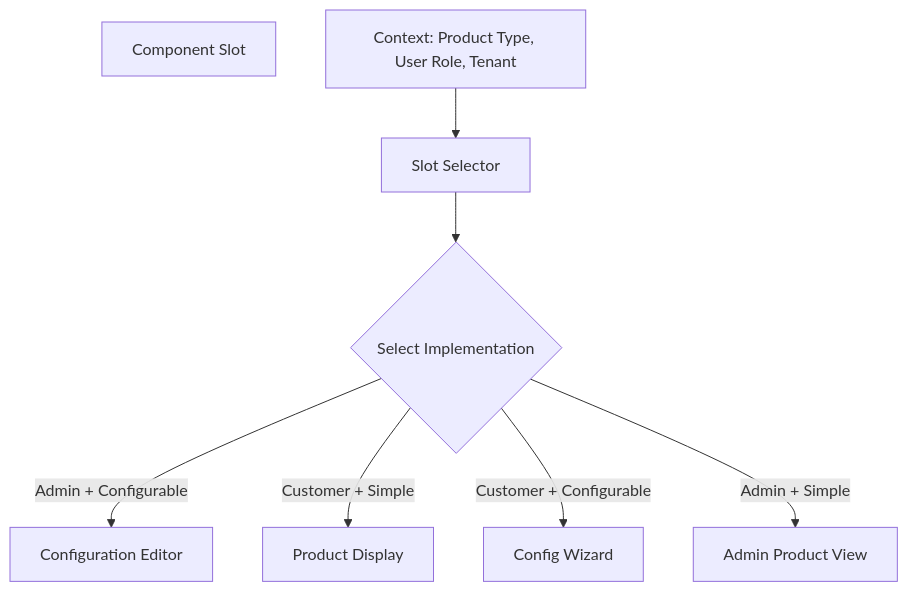
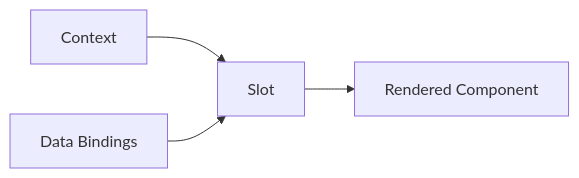
Before and after one commit to codedventuresptyltd/foundry: the diagram in docs/touchpoint/slot-based-ui.md, drawn with Mermaid. The commit also changed other lines of this file and 7 other files, not shown here.

````diff
--- a/docs/touchpoint/slot-based-ui.md
+++ b/docs/touchpoint/slot-based-ui.md
@@ -24,13 +37,6 @@
 ```mermaid
-flowchart TB
-    SLOT[Component Slot]
-    CONTEXT[Context: Product Type, User Role, Tenant]
-    
-    CONTEXT --> SELECTOR[Slot Selector]
-    SELECTOR --> IMPL{Select Implementation}
-    
-    IMPL -->|Admin + Configurable| C1[Configuration Editor]
-    IMPL -->|Customer + Simple| C2[Product Display]
-    IMPL -->|Customer + Configurable| C3[Config Wizard]
-    IMPL -->|Admin + Simple| C4[Admin Product View]
+flowchart LR
+    CONTEXT[Context] --> SLOT[Slot]
+    CONFIG[Data Bindings] --> SLOT
+    SLOT --> COMPONENT[Rendered Component]
 ```
````
